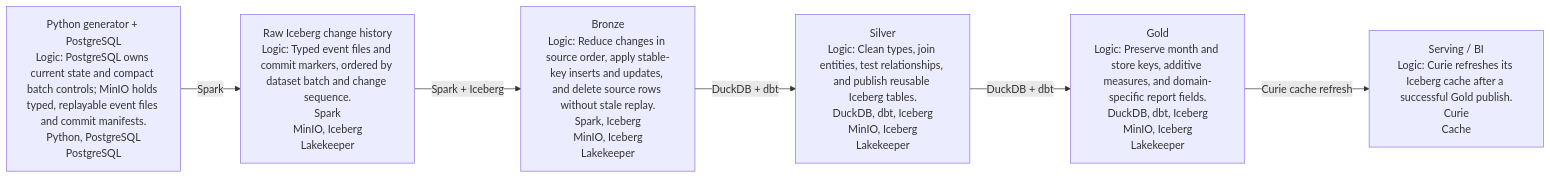
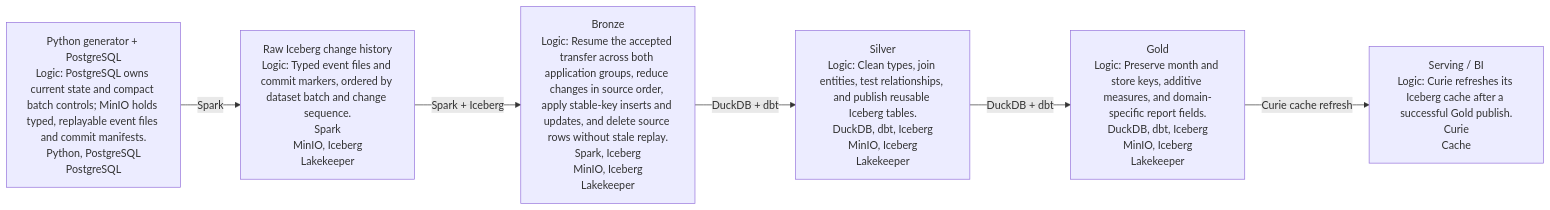
The diagram in docs/dataflow/generated/project_dataflow.md (AntonMiniazev/ampere_project), drawn with Mermaid before and after one commit. The commit also changed 4 other files, not shown here.

Commit message:
fix(bronze): resume incremental transfer across groups

````diff
--- a/docs/dataflow/generated/project_dataflow.md
+++ b/docs/dataflow/generated/project_dataflow.md
@@ -5,15 +5,15 @@
 ```mermaid
 flowchart LR
     L_SOURCE["Python generator + PostgreSQL<br/>Logic: PostgreSQL owns current state and compact batch controls; MinIO holds typed, replayable event files and commit manifests.<br/>Python, PostgreSQL<br/>PostgreSQL"]
     L_RAW["Raw Iceberg change history<br/>Logic: Typed event files and commit markers, ordered by dataset batch and change sequence.<br/>Spark<br/>MinIO, Iceberg<br/>Lakekeeper"]
-    L_BRONZE["Bronze<br/>Logic: Reduce changes in source order, apply stable-key inserts and updates, and delete source rows without stale replay.<br/>Spark, Iceberg<br/>MinIO, Iceberg<br/>Lakekeeper"]
+    L_BRONZE["Bronze<br/>Logic: Resume the accepted transfer across both application groups, reduce changes in source order, apply stable-key inserts and updates, and delete source rows without stale replay.<br/>Spark, Iceberg<br/>MinIO, Iceberg<br/>Lakekeeper"]
     L_SILVER["Silver<br/>Logic: Clean types, join entities, test relationships, and publish reusable Iceberg tables.<br/>DuckDB, dbt, Iceberg<br/>MinIO, Iceberg<br/>Lakekeeper"]
     L_GOLD["Gold<br/>Logic: Preserve month and store keys, additive measures, and domain-specific report fields.<br/>DuckDB, dbt, Iceberg<br/>MinIO, Iceberg<br/>Lakekeeper"]
     L_SERVING["Serving / BI<br/>Logic: Curie refreshes its Iceberg cache after a successful Gold publish.<br/>Curie<br/>Cache"]
 
     L_SOURCE -->|"Spark"| L_RAW
     L_RAW -->|"Spark + Iceberg"| L_BRONZE
     L_BRONZE -->|"DuckDB + dbt"| L_SILVER
     L_SILVER -->|"DuckDB + dbt"| L_GOLD
     L_GOLD -->|"Curie cache refresh"| L_SERVING
 ```
````
